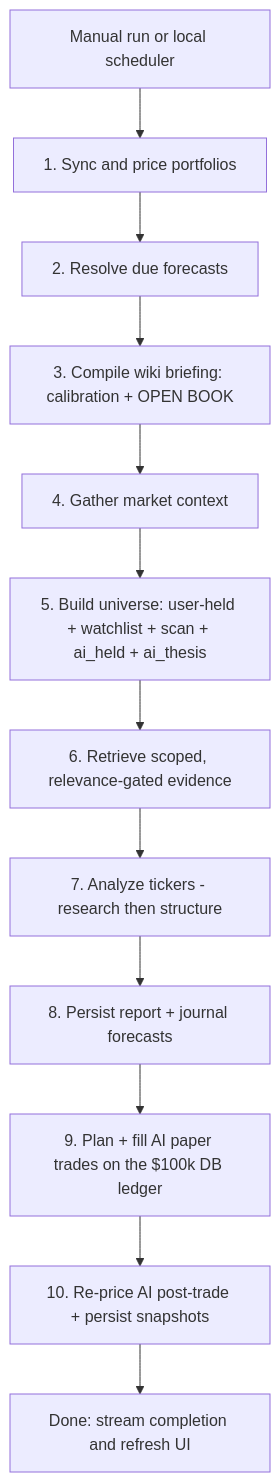
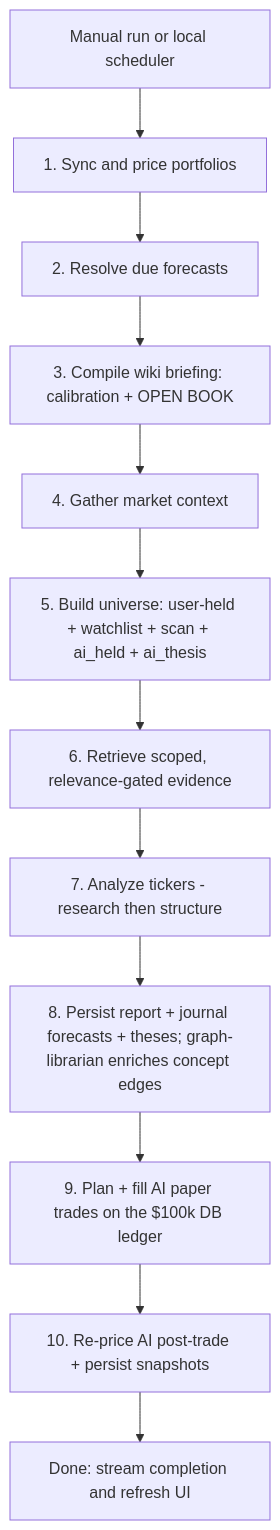
One commit to 25eliu/portfolio changed the diagram in docs/architecture-and-roadmap.md. Above: the diagram before and after it, drawn with Mermaid. The commit also changed other lines of this file and 10 other files, not shown here.

First line of the commit message:
feat: LLM graph-librarian — gated associative graph maintenance

````diff
--- a/docs/architecture-and-roadmap.md
+++ b/docs/architecture-and-roadmap.md
@@ -221,14 +221,14 @@
 ```mermaid
 flowchart TD
     T[Manual run or local scheduler] --> A[1. Sync and price portfolios]
     A --> B[2. Resolve due forecasts]
     B --> C[3. Compile wiki briefing: calibration + OPEN BOOK]
     C --> D[4. Gather market context]
     D --> E[5. Build universe: user-held + watchlist + scan + ai_held + ai_thesis]
     E --> F[6. Retrieve scoped, relevance-gated evidence]
     F --> G[7. Analyze tickers - research then structure]
-    G --> H[8. Persist report + journal forecasts]
+    G --> H[8. Persist report + journal forecasts + theses; graph-librarian enriches concept edges]
     H --> I[9. Plan + fill AI paper trades on the $100k DB ledger]
     I --> J[10. Re-price AI post-trade + persist snapshots]
     J --> K[Done: stream completion and refresh UI]
 ```
````
